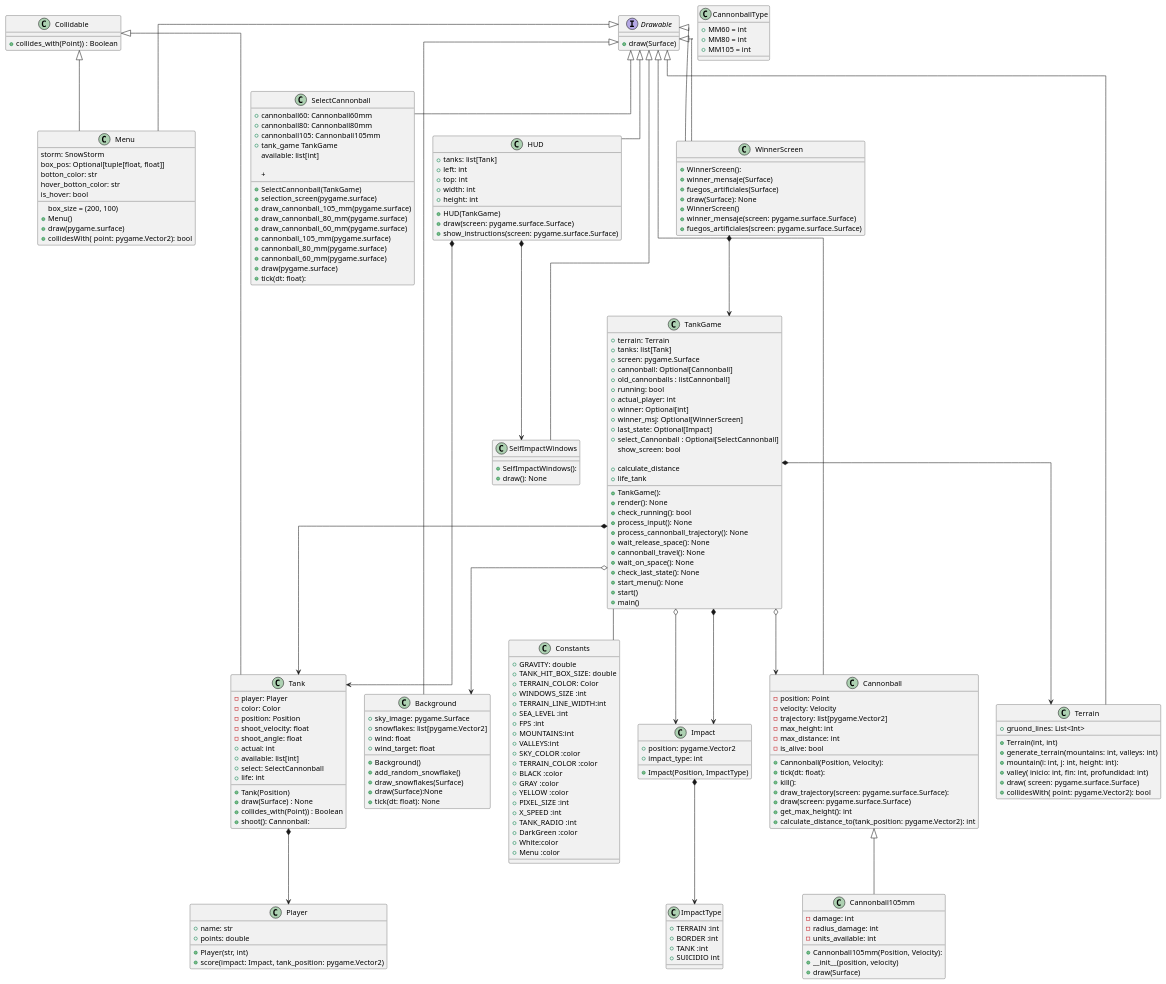
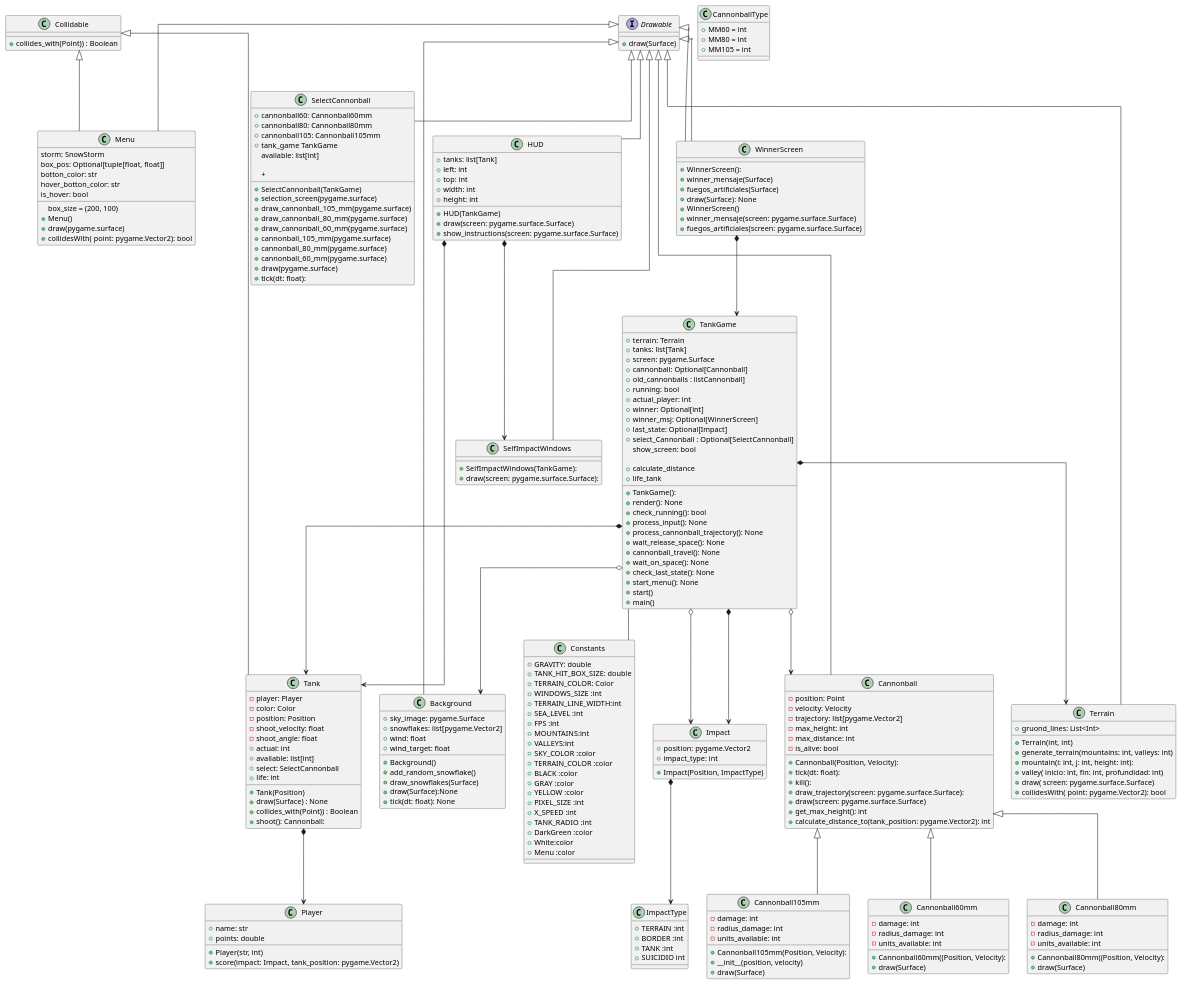
Before and after one commit to fraco-oxza/tankGame: the diagram in uml/entire.plantuml, drawn with PlantUML.

Commit message:
Cambios menores al UML

```diff
--- a/uml/entire.plantuml
+++ b/uml/entire.plantuml
@@ -57,12 +57,24 @@
     - units_available: int
     +__init__(position, velocity)
     +draw(Surface)
-
+}
+class Cannonball60mm extends Cannonball{
+    +Cannonball60mm((Position, Velocity):
+    - damage: int
+    - radius_damage: int
+    - units_available: int
+    +draw(Surface)
+}
+ class Cannonball80mm extends Cannonball{
+    +Cannonball80mm((Position, Velocity):
+    - damage: int
+    - radius_damage: int
+    - units_available: int
+    +draw(Surface)
 }
 interface Drawable {
     + draw(Surface)
 }
-
 class HUD extends Drawable{
     + tanks: list[Tank]
     + left: int
@@ -185,8 +197,8 @@
 }
 
 class SelfImpactWindows extends Drawable {
-    + SelfImpactWindows():
-    + draw(): None
+    + SelfImpactWindows(TankGame):
+    + draw(screen: pygame.surface.Surface):
 }
 class SelectCannonball extends Drawable {
     +cannonball60: Cannonball60mm
```
